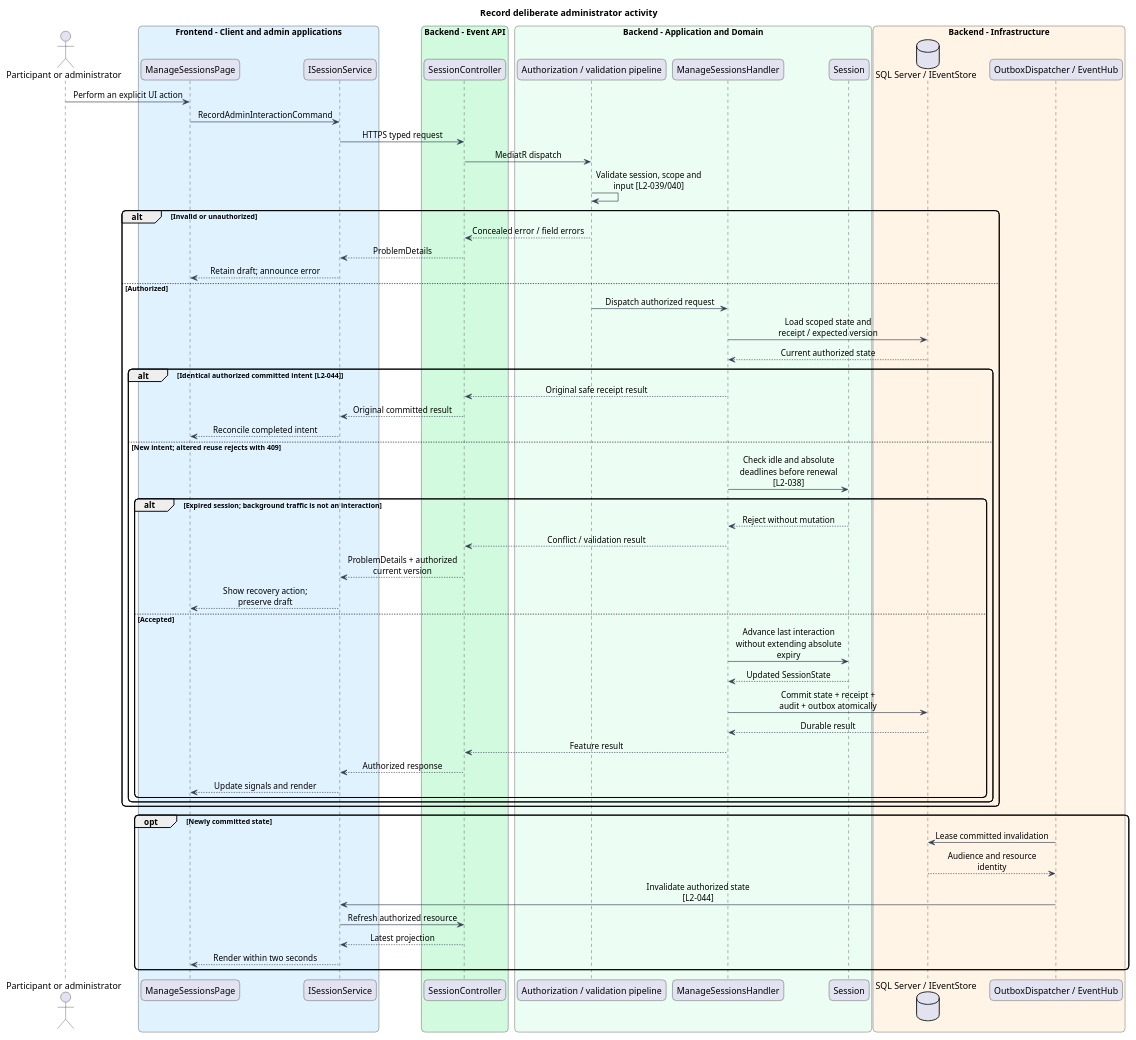
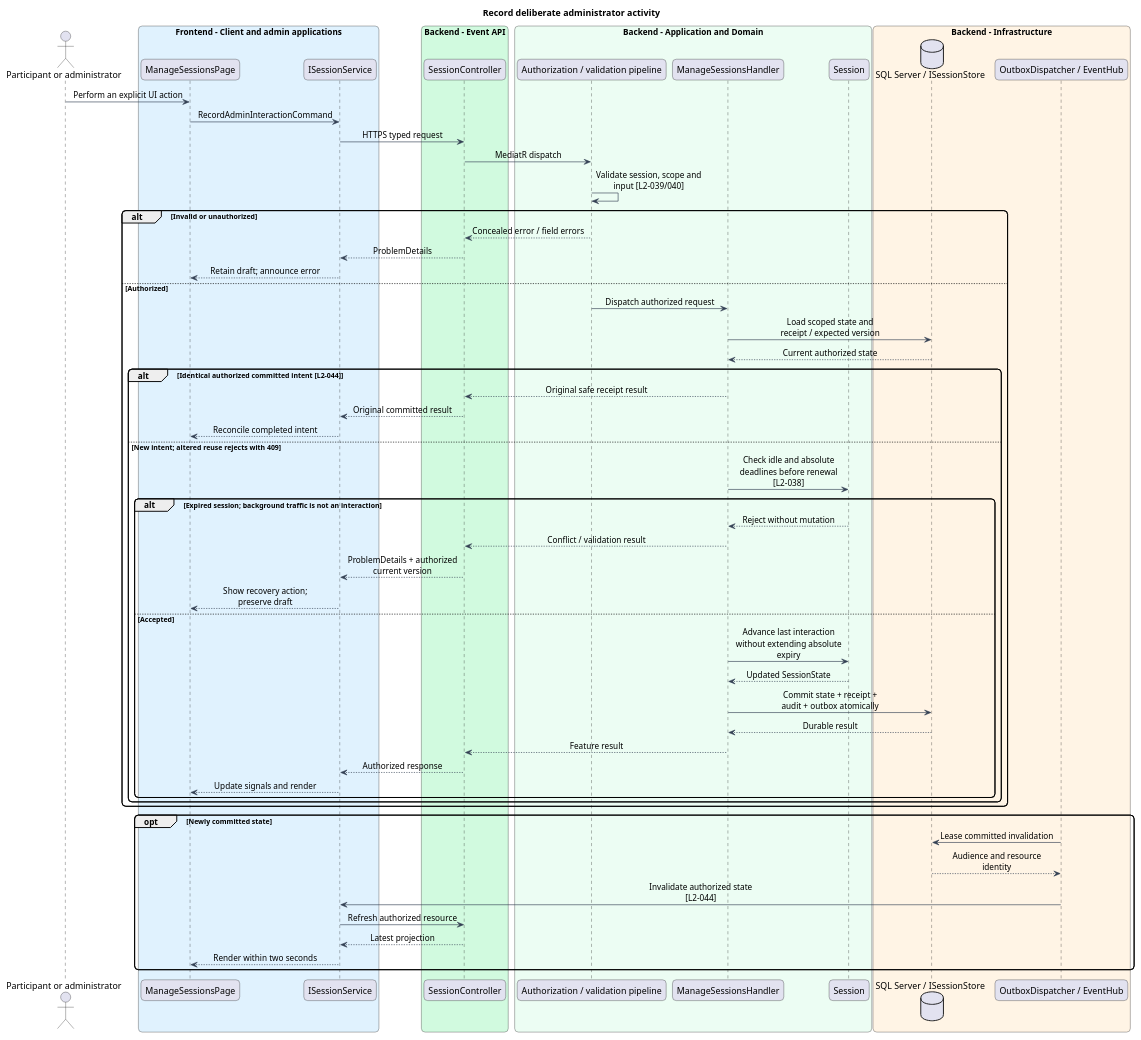
One commit to QuinntyneBrown/faithtech-toronto-ai-build-event changed the diagram in docs/detailed-designs/access/manage-sessions/diagrams/sequence-admin-interaction.puml. Above: the diagram before and after it, drawn with PlantUML. The commit also changed 80 other files, not shown here.

```diff
--- a/docs/detailed-designs/access/manage-sessions/diagrams/sequence-admin-interaction.puml
+++ b/docs/detailed-designs/access/manage-sessions/diagrams/sequence-admin-interaction.puml
@@ -1,72 +1,72 @@
 @startuml
 skinparam backgroundColor #FFFFFF
 skinparam shadowing false
 skinparam roundcorner 12
 skinparam defaultFontName Arial
 skinparam ArrowColor #344054
 skinparam classBackgroundColor #F9FAFB
 skinparam classBorderColor #344054
 skinparam sequenceMessageAlign center
 skinparam maxMessageSize 180
 title Record deliberate administrator activity
 actor "Participant or administrator" as actor
 box "Frontend - Client and admin applications" #E0F2FE
 participant "ManageSessionsPage" as page
 participant "ISessionService" as client
 end box
 box "Backend - Event API" #D1FADF
 participant "SessionController" as controller
 end box
 box "Backend - Application and Domain" #ECFDF3
 participant "Authorization / validation pipeline" as gate
 participant "ManageSessionsHandler" as handler
 participant "Session" as entity
 end box
 box "Backend - Infrastructure" #FFF4E5
-database "SQL Server / IEventStore" as db
+database "SQL Server / ISessionStore" as db
 participant "OutboxDispatcher / EventHub" as push
 end box
 actor -> page : Perform an explicit UI action
 page -> client : RecordAdminInteractionCommand
 client -> controller : HTTPS typed request
 controller -> gate : MediatR dispatch
 gate -> gate : Validate session, scope and input [L2-039/040]
 alt Invalid or unauthorized
 gate --> controller : Concealed error / field errors
 controller --> client : ProblemDetails
 client --> page : Retain draft; announce error
 else Authorized
 gate -> handler : Dispatch authorized request
 handler -> db : Load scoped state and receipt / expected version
 db --> handler : Current authorized state
 alt Identical authorized committed intent [L2-044]
 handler --> controller : Original safe receipt result
 controller --> client : Original committed result
 client --> page : Reconcile completed intent
 else New intent; altered reuse rejects with 409
 handler -> entity : Check idle and absolute deadlines before renewal [L2-038]
 alt Expired session; background traffic is not an interaction
 entity --> handler : Reject without mutation
 handler --> controller : Conflict / validation result
 controller --> client : ProblemDetails + authorized current version
 client --> page : Show recovery action; preserve draft
 else Accepted
 handler -> entity : Advance last interaction without extending absolute expiry
 entity --> handler : Updated SessionState
 handler -> db : Commit state + receipt + audit + outbox atomically
 db --> handler : Durable result
 handler --> controller : Feature result
 controller --> client : Authorized response
 client --> page : Update signals and render
 end
 end
 end
 opt Newly committed state
 push -> db : Lease committed invalidation
 db --> push : Audience and resource identity
 push -> client : Invalidate authorized state [L2-044]
 client -> controller : Refresh authorized resource
 controller --> client : Latest projection
 client --> page : Render within two seconds
 end
 @enduml
```
